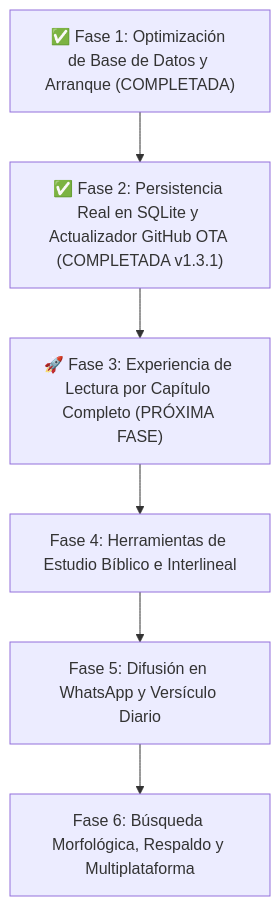
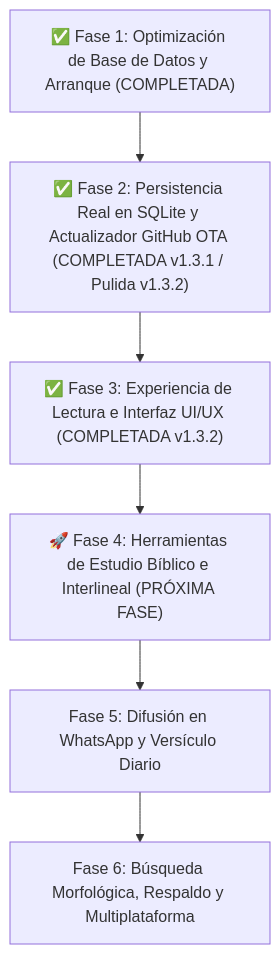
Before and after one commit to NetOpsSolutions/Berea_Interlineal: the first of 4 diagrams in Archivos_md/PLAN_IMPLEMENTACION.md, drawn with Mermaid. The commit also changed other lines of this file and 40 other files, not shown here.

First line of the commit message:
feat(ios): Add GitHub Actions iOS packaging workflow, .ipa support & Phase 3 UX

````diff
--- a/Archivos_md/PLAN_IMPLEMENTACION.md
+++ b/Archivos_md/PLAN_IMPLEMENTACION.md
@@ -9,8 +9,8 @@
 ```mermaid
 flowchart TD
-    Fase1["✅ Fase 1: Optimización de Base de Datos y Arranque (COMPLETADA)"] --> Fase2["✅ Fase 2: Persistencia Real en SQLite y Actualizador GitHub OTA (COMPLETADA v1.3.1)"]
-    Fase2 --> Fase3["🚀 Fase 3: Experiencia de Lectura por Capítulo Completo (PRÓXIMA FASE)"]
-    Fase3 --> Fase4["Fase 4: Herramientas de Estudio Bíblico e Interlineal"]
+    Fase1["✅ Fase 1: Optimización de Base de Datos y Arranque (COMPLETADA)"] --> Fase2["✅ Fase 2: Persistencia Real en SQLite y Actualizador GitHub OTA (COMPLETADA v1.3.1 / Pulida v1.3.2)"]
+    Fase2 --> Fase3["✅ Fase 3: Experiencia de Lectura e Interfaz UI/UX (COMPLETADA v1.3.2)"]
+    Fase3 --> Fase4["🚀 Fase 4: Herramientas de Estudio Bíblico e Interlineal (PRÓXIMA FASE)"]
     Fase4 --> Fase5["Fase 5: Difusión en WhatsApp y Versículo Diario"]
     Fase5 --> Fase6["Fase 6: Búsqueda Morfológica, Respaldo y Multiplataforma"]
 ```
````
